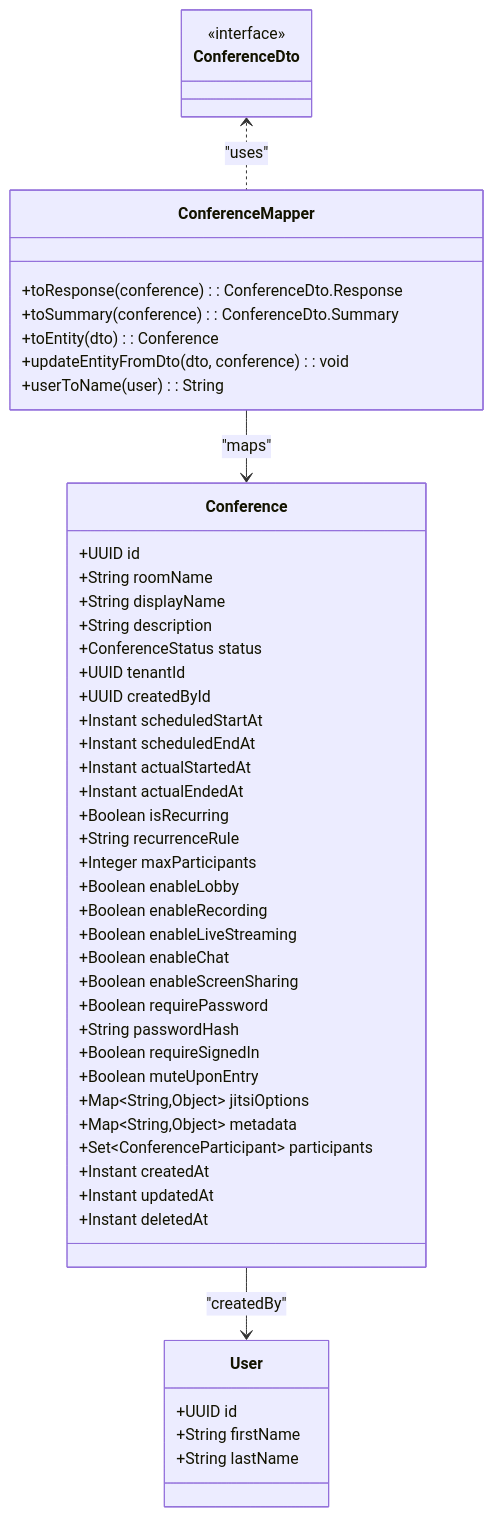
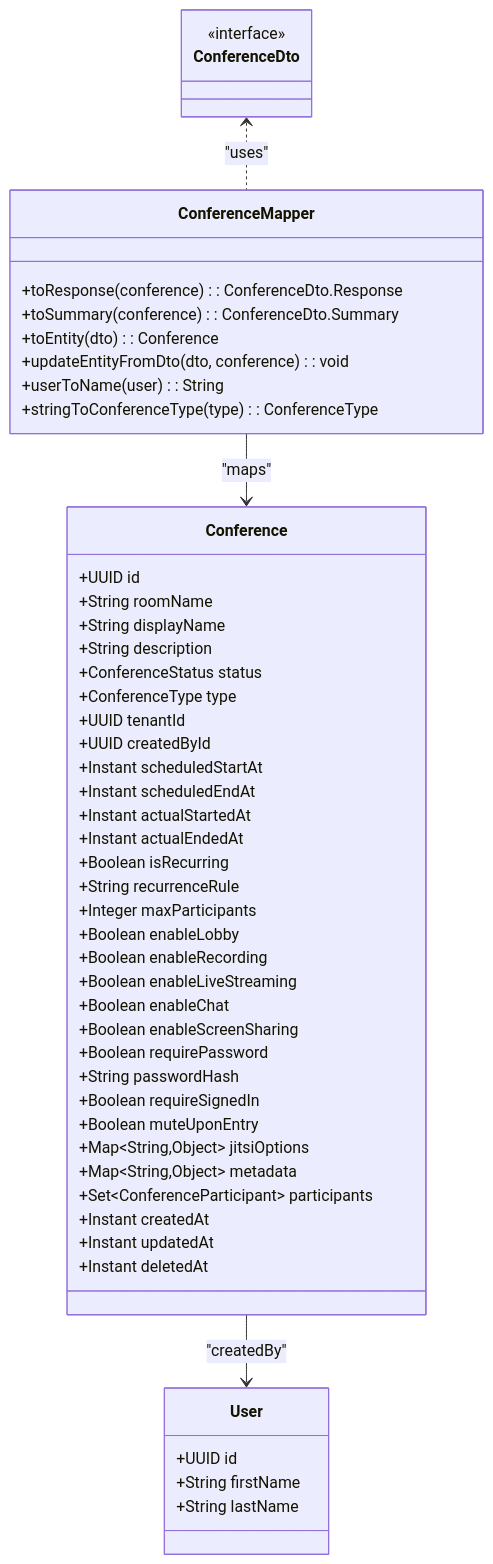
Before and after one commit to Vostrikov2014/vks-qoder: the fourth of 5 diagrams in .qoder/repowiki/en/content/Backend Modules/Application Layer/Object Mapping and Conversion.md, drawn with Mermaid. The commit also changed other lines of this file and 15 other files, not shown here.

````diff
--- a/.qoder/repowiki/en/content/Backend Modules/Application Layer/Object Mapping and Conversion.md
+++ b/.qoder/repowiki/en/content/Backend Modules/Application Layer/Object Mapping and Conversion.md
@@ -240,52 +249,54 @@
 ```mermaid
 classDiagram
 class ConferenceMapper {
 +toResponse(conference) : ConferenceDto.Response
 +toSummary(conference) : ConferenceDto.Summary
 +toEntity(dto) : Conference
 +updateEntityFromDto(dto, conference) : void
 +userToName(user) : String
++stringToConferenceType(type) : ConferenceType
 }
 class Conference {
 +UUID id
 +String roomName
 +String displayName
 +String description
 +ConferenceStatus status
++ConferenceType type
 +UUID tenantId
 +UUID createdById
 +Instant scheduledStartAt
 +Instant scheduledEndAt
 +Instant actualStartedAt
 +Instant actualEndedAt
 +Boolean isRecurring
 +String recurrenceRule
 +Integer maxParticipants
 +Boolean enableLobby
 +Boolean enableRecording
 +Boolean enableLiveStreaming
 +Boolean enableChat
 +Boolean enableScreenSharing
 +Boolean requirePassword
 +String passwordHash
 +Boolean requireSignedIn
 +Boolean muteUponEntry
 +Map~String,Object~ jitsiOptions
 +Map~String,Object~ metadata
 +Set~ConferenceParticipant~ participants
 +Instant createdAt
 +Instant updatedAt
 +Instant deletedAt
 }
 class User {
 +UUID id
 +String firstName
 +String lastName
 }
 class ConferenceDto {
 <<interface>>
 }
 ConferenceMapper --> Conference : "maps"
 Conference --> User : "createdBy"
 ConferenceDto <.. ConferenceMapper : "uses"
 ```
````
